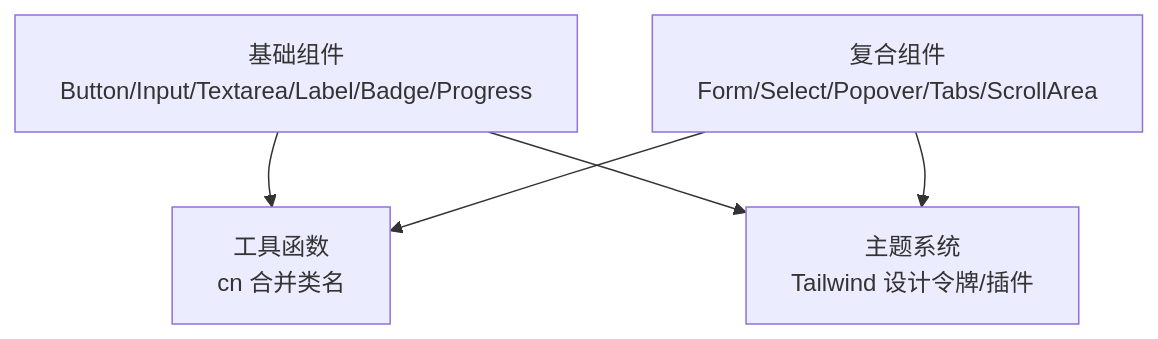
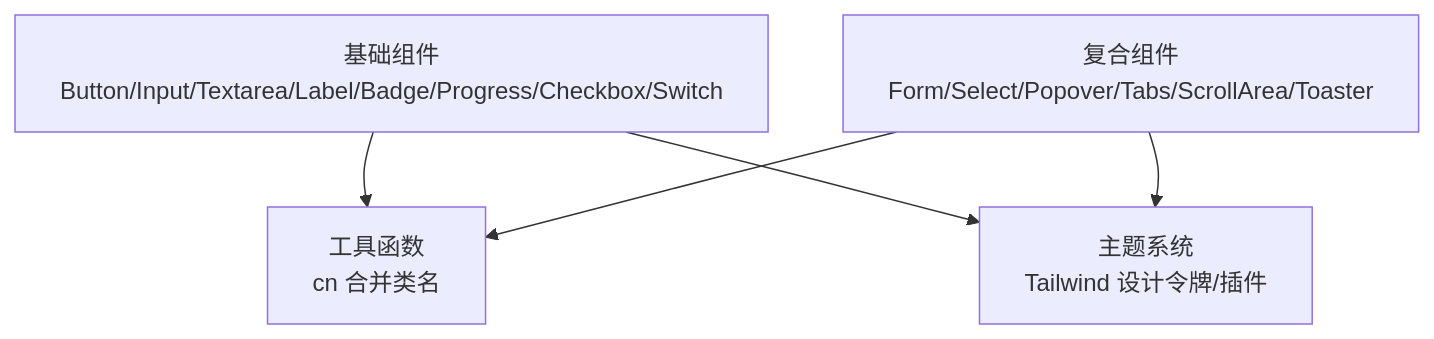
The second of 8 diagrams in .qoder/repowiki/zh/content/UI组件系统/UI组件系统.md (RadiumAg/bilibili-favorites), drawn with Mermaid before and after one commit. The commit also changed other lines of this file and 21 other files, not shown here.

````diff
--- a/.qoder/repowiki/zh/content/UI组件系统/UI组件系统.md
+++ b/.qoder/repowiki/zh/content/UI组件系统/UI组件系统.md
@@ -255,11 +262,11 @@
 ```mermaid
 graph TB
-Base["基础组件<br/>Button/Input/Textarea/Label/Badge/Progress"]
-Composite["复合组件<br/>Form/Select/Popover/Tabs/ScrollArea"]
+Base["基础组件<br/>Button/Input/Textarea/Label/Badge/Progress/Checkbox/Switch"]
+Composite["复合组件<br/>Form/Select/Popover/Tabs/ScrollArea/Toaster"]
 Util["工具函数<br/>cn 合并类名"]
 Theme["主题系统<br/>Tailwind 设计令牌/插件"]
 Base --> Util
 Composite --> Util
 Base --> Theme
 Composite --> Theme
 ```
````
